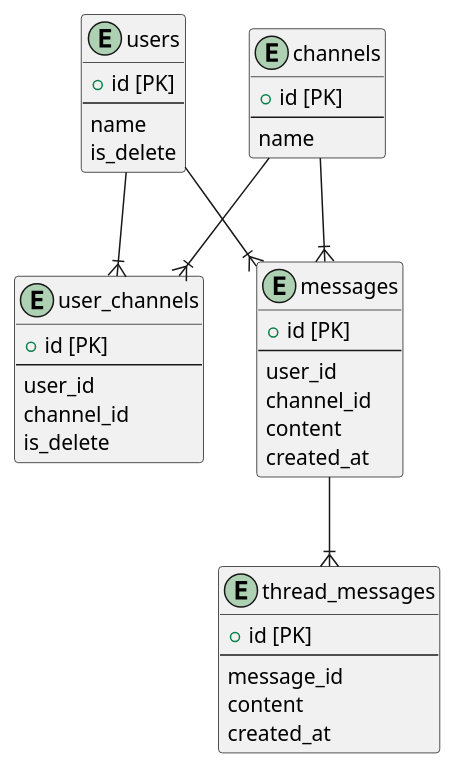
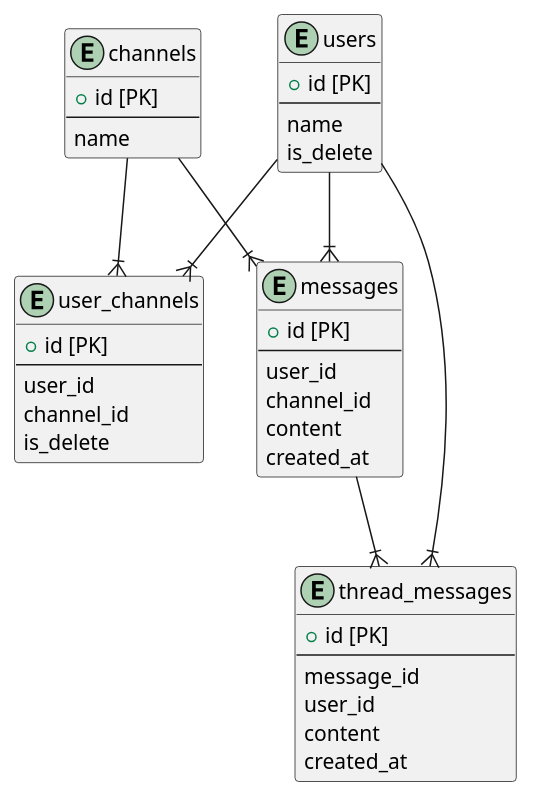
Before and after one commit to tasdsn/praha: the diagram in 02/db_modeling2.puml, drawn with PlantUML. The commit also changed 1 other file, not shown here.

Commit message:
fix:課題2user_id追加

```diff
--- a/02/db_modeling2.puml
+++ b/02/db_modeling2.puml
@@ -1,51 +1,53 @@
 @startuml
 '02_DBモデリング2
 
 entity users {
   + id [PK]
   --
   name
   is_delete
 }
 
 entity user_channels {
   + id [PK]
   --
   user_id
   channel_id
   is_delete
 }
 
 entity channels {
   + id [PK]
   --
   name
 }
 
 entity messages {
   + id [PK]
   --
   user_id
   channel_id
   content
   created_at
 }
 
 entity thread_messages {
   + id [PK]
   --
   message_id
+  user_id
   content
   created_at
 }
 
 users          --|{ user_channels
 channels       --|{ user_channels
 channels       --|{ messages
 messages       --|{ thread_messages
 users          --|{ messages
+users          --|{ thread_messages
 
 ' 横断機能はユーザーの所属しているチャネルを取得してそのメッセージを取得し、
 ' それに紐付くスレッドを取得すれば検索できるはず
 
 @enduml
```
